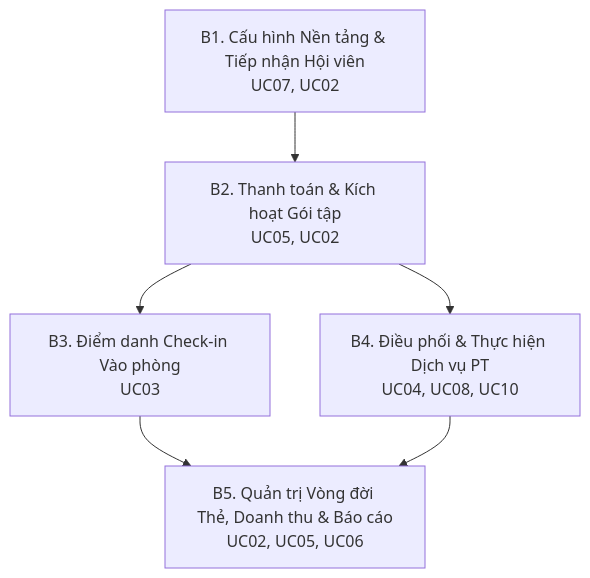
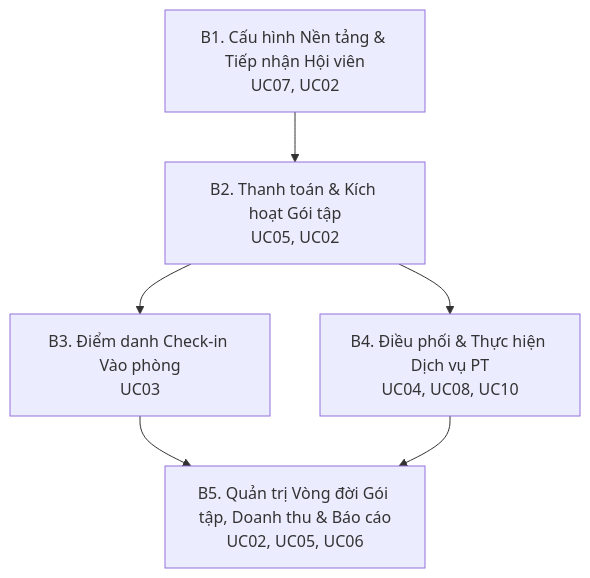
The diagram in Document/PRD.md (kkons2212/Gym-management), drawn with Mermaid before and after one commit. The commit also changed other lines of this file and 11 other files, not shown here.

Commit message:
docs: standardize terminology from thẻ tập to gói tập across all documentation

````diff
--- a/Document/PRD.md
+++ b/Document/PRD.md
@@ -45,8 +45,8 @@
 ```mermaid
 graph TD
     B1[B1. Cấu hình Nền tảng & Tiếp nhận Hội viên<br>UC07, UC02] --> B2[B2. Thanh toán & Kích hoạt Gói tập<br>UC05, UC02]
     B2 --> B3[B3. Điểm danh Check-in Vào phòng<br>UC03]
     B2 --> B4[B4. Điều phối & Thực hiện Dịch vụ PT<br>UC04, UC08, UC10]
-    B3 --> B5[B5. Quản trị Vòng đời Thẻ, Doanh thu & Báo cáo<br>UC02, UC05, UC06]
+    B3 --> B5[B5. Quản trị Vòng đời Gói tập, Doanh thu & Báo cáo<br>UC02, UC05, UC06]
     B4 --> B5
 ```
````
